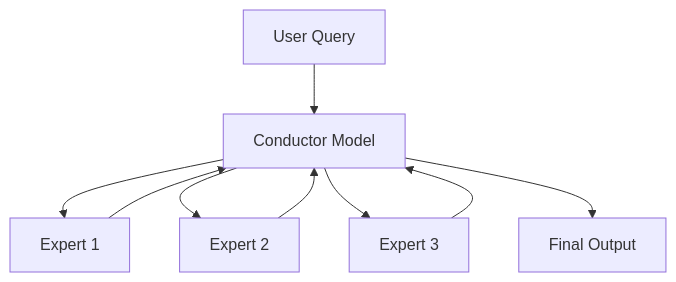
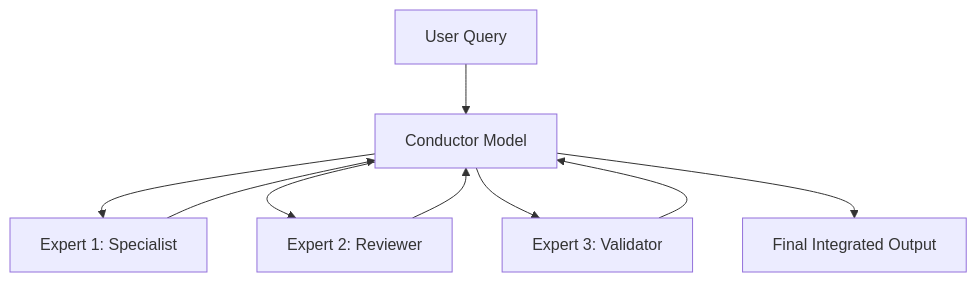
One commit to raphaelmansuy/digital_palace changed the diagram in reference/techniques/meta_prompting/README.md. Above: the diagram before and after it, drawn with Mermaid. The commit also changed other lines of this file and 6 other files, not shown here.

````diff
--- a/reference/techniques/meta_prompting/README.md
+++ b/reference/techniques/meta_prompting/README.md
@@ -46,11 +64,11 @@
 ```mermaid
 graph TB
     A[User Query] --> B[Conductor Model]
-    B --> C[Expert 1]
-    B --> D[Expert 2]
-    B --> E[Expert 3]
+    B --> C[Expert 1: Specialist]
+    B --> D[Expert 2: Reviewer]
+    B --> E[Expert 3: Validator]
     C --> B
     D --> B
     E --> B
-    B --> F[Final Output]
+    B --> F[Final Integrated Output]
 ```
````
